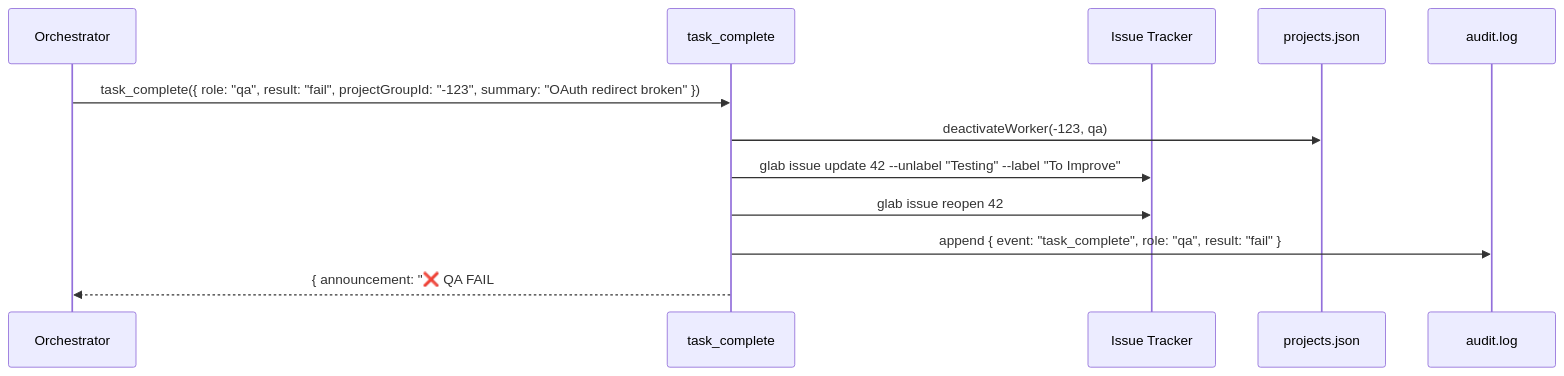
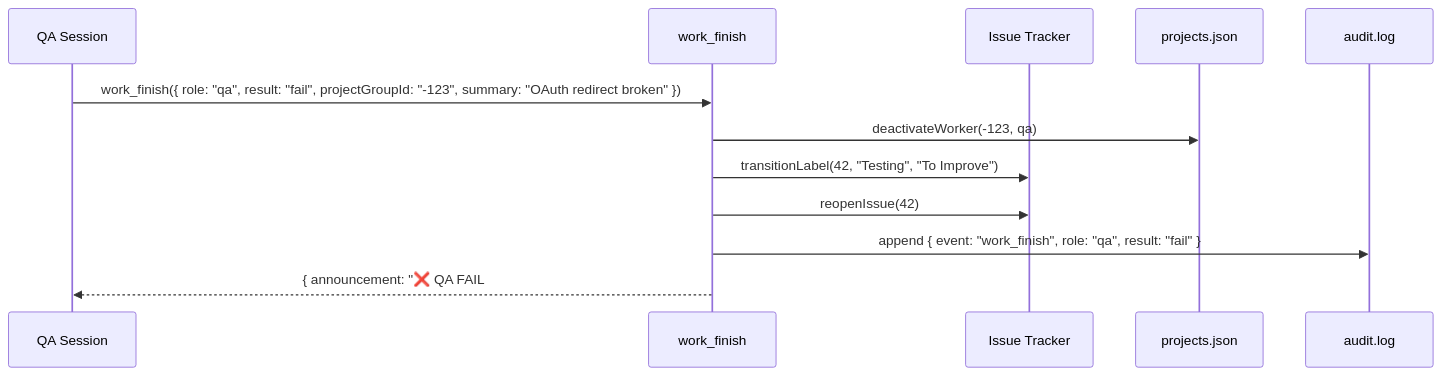
Before and after one commit to StrongheartedX/devclaw: the eighth of 10 diagrams in docs/ARCHITECTURE.md, drawn with Mermaid. The commit also changed other lines of this file and 10 other files, not shown here.

````diff
--- a/docs/ARCHITECTURE.md
+++ b/docs/ARCHITECTURE.md
@@ -380,15 +380,15 @@
 ```mermaid
 sequenceDiagram
-    participant A as Orchestrator
-    participant TC as task_complete
+    participant QA as QA Session
+    participant WF as work_finish
     participant GL as Issue Tracker
     participant PJ as projects.json
     participant AL as audit.log
 
-    A->>TC: task_complete({ role: "qa", result: "fail", projectGroupId: "-123", summary: "OAuth redirect broken" })
-    TC->>PJ: deactivateWorker(-123, qa)
-    TC->>GL: glab issue update 42 --unlabel "Testing" --label "To Improve"
-    TC->>GL: glab issue reopen 42
-    TC->>AL: append { event: "task_complete", role: "qa", result: "fail" }
-    TC-->>A: { announcement: "❌ QA FAIL #42 — OAuth redirect broken. Sent back to DEV." }
+    QA->>WF: work_finish({ role: "qa", result: "fail", projectGroupId: "-123", summary: "OAuth redirect broken" })
+    WF->>PJ: deactivateWorker(-123, qa)
+    WF->>GL: transitionLabel(42, "Testing", "To Improve")
+    WF->>GL: reopenIssue(42)
+    WF->>AL: append { event: "work_finish", role: "qa", result: "fail" }
+    WF-->>QA: { announcement: "❌ QA FAIL #42 — OAuth redirect broken. Sent back to DEV." }
 ```
````
